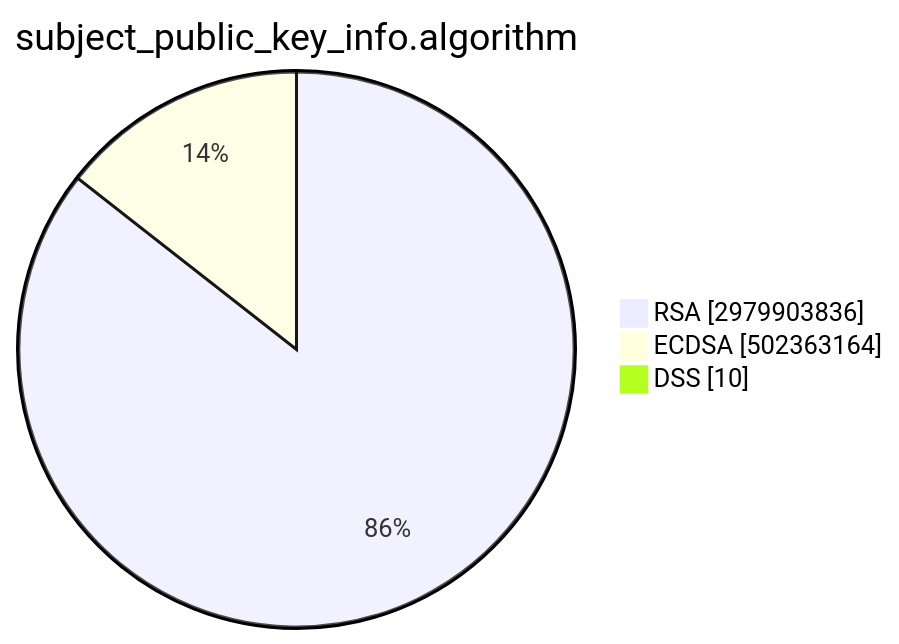
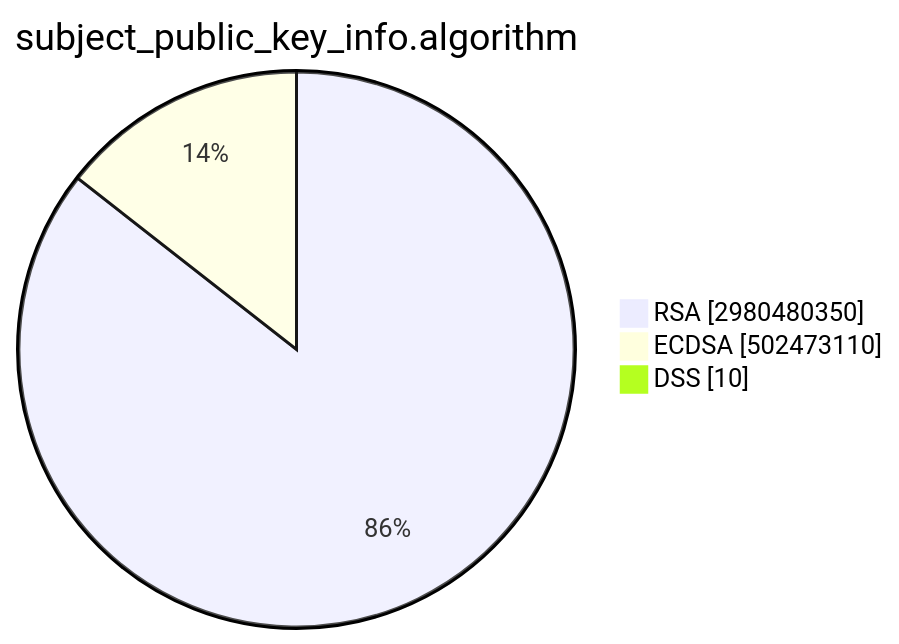
The second of 15 diagrams in TOTAL/README.md (christiankrug/ctmonitor_visualization), drawn with Mermaid before and after one commit. The commit also changed other lines of this file, not shown here.

````diff
--- a/TOTAL/README.md
+++ b/TOTAL/README.md
@@ -6,7 +6,7 @@
 ```mermaid
 pie showData
 title subject_public_key_info.algorithm
-"RSA" :2979903836
-"ECDSA" :502363164
+"RSA" :2980480350
+"ECDSA" :502473110
 "DSS" :10
 ```
````
